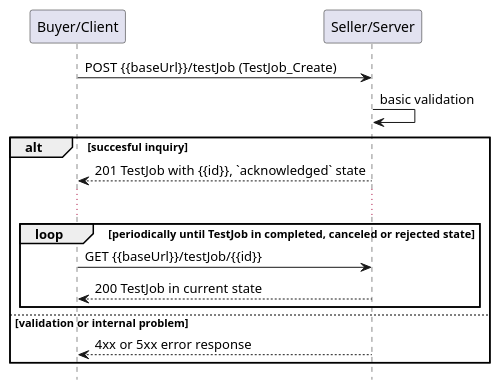
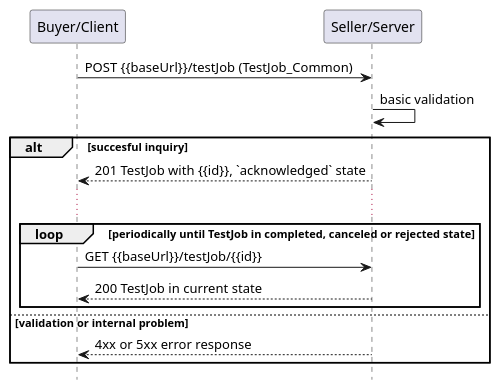
Before and after one commit to MEF-GIT/MEF-LSO-Interlude-SDK: the diagram in documentation/serviceApi/sft/serviceTest/media/src/useCase7Polling.puml, drawn with PlantUML. The commit also changed 120 other files, not shown here.

```diff
--- a/documentation/serviceApi/sft/serviceTest/media/src/useCase7Polling.puml
+++ b/documentation/serviceApi/sft/serviceTest/media/src/useCase7Polling.puml
@@ -1,26 +1,26 @@
 @startuml useCase7Polling
 hide footbox
 
 participant "Buyer/Client" as B
 participant "Seller/Server" as S
 
 
-B -> S : POST {{baseUrl}}/testJob (TestJob_Create)
+B -> S : POST {{baseUrl}}/testJob (TestJob_Common)
 S -> S : basic validation
 
 alt succesful inquiry
   S --> B : 201 TestJob with {{id}}, `acknowledged` state
   
   ...
 
   loop periodically until TestJob in completed, canceled or rejected state
       B -> S :   GET {{baseUrl}}/testJob/{{id}}
       return 200 TestJob in current state
   end
 
 else validation or internal problem
   S --> B : 4xx or 5xx error response
 end
 
 
 @enduml
```
